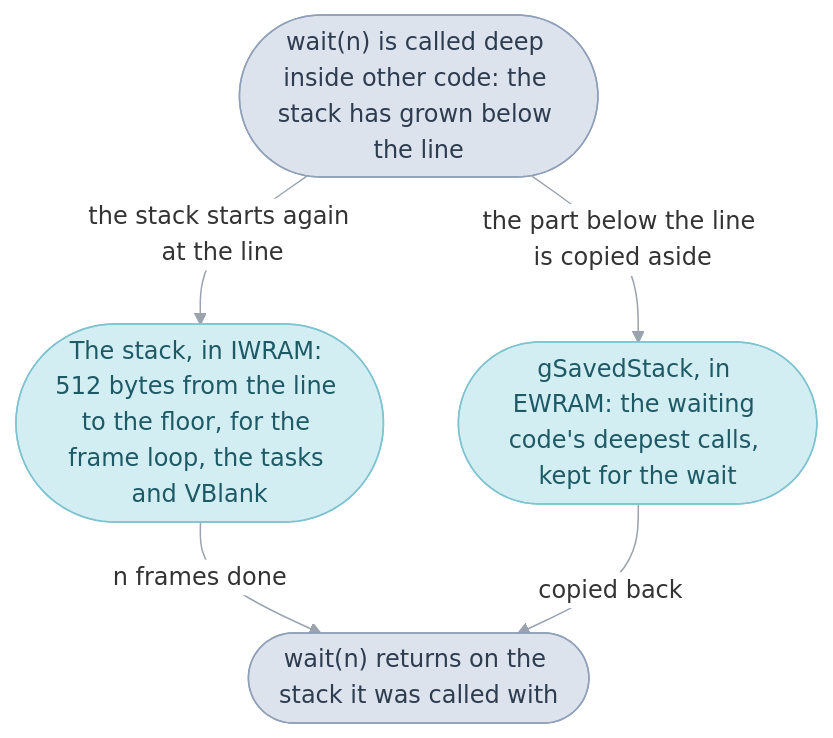
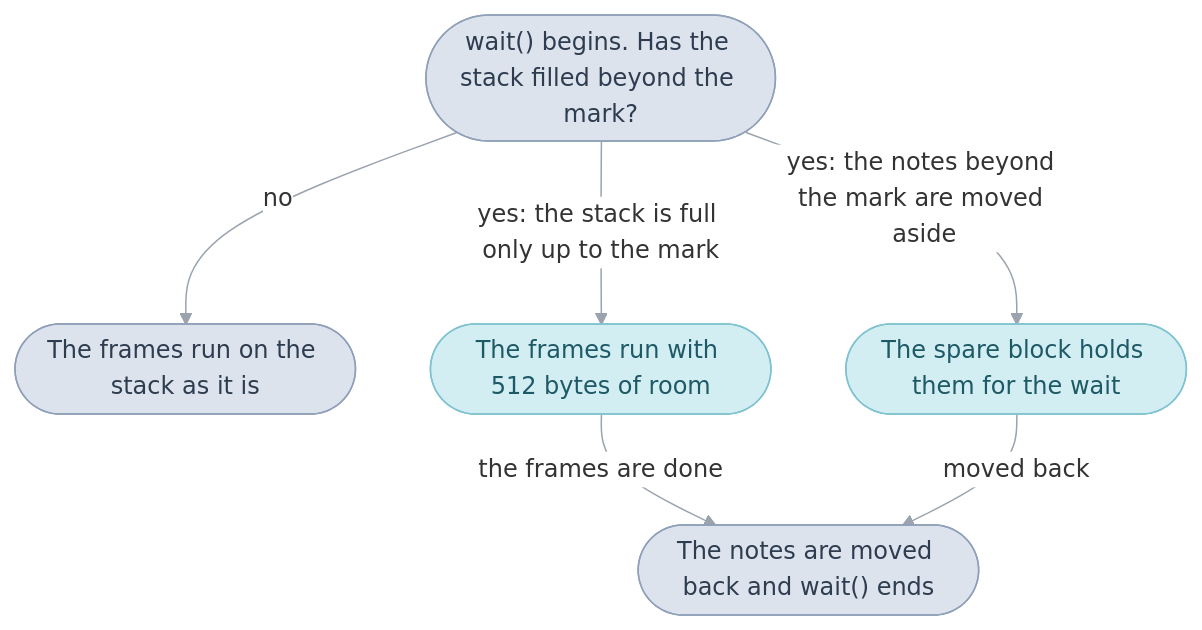
Before and after one commit to PascalPixel/alchemy: the second of 2 diagrams in games/tbs/src/system/README.md, drawn with Mermaid. The commit also changed other lines of this file and 20 other files, not shown here.

````diff
--- a/games/tbs/src/system/README.md
+++ b/games/tbs/src/system/README.md
@@ -387,13 +689,14 @@
 ```mermaid
 %%{init: {"theme": "base", "themeVariables": {"lineColor": "#9AA3AE", "edgeLabelBackground": "#FFFFFF"}, "flowchart": {"curve": "basis", "padding": 12}}}%%
 flowchart TD
-  enter(["wait(n) is called deep inside other code: the stack has grown below the line"])
-  enter -- "the part below the line is copied aside" --> saved(["gSavedStack, in EWRAM: the waiting code's deepest calls, kept for the wait"])
-  enter -- "the stack starts again at the line" --> run(["The stack, in IWRAM: 512 bytes from the line to the floor, for the frame loop, the tasks and VBlank"])
-  run -- "n frames done" --> restore(["wait(n) returns on the stack it was called with"])
-  saved -- "copied back" --> restore
+  enter(["wait() begins. Has the stack filled beyond the mark?"])
+  enter -- "no" --> plain(["The frames run on the stack as it is"])
+  enter -- "yes: the notes beyond the mark are moved aside" --> saved(["The spare block holds them for the wait"])
+  enter -- "yes: the stack is full only up to the mark" --> run(["The frames run with 512 bytes of room"])
+  run -- "the frames are done" --> restore(["The notes are moved back and wait() ends"])
+  saved -- "moved back" --> restore
   classDef code fill:#DDE3EC,stroke:#8FA0B8,color:#2E3C50
   classDef frame fill:#D2EEF3,stroke:#7FC3D0,color:#1E5966
-  class enter,restore code
+  class enter,restore,plain code
   class saved,run frame
 ```
````
